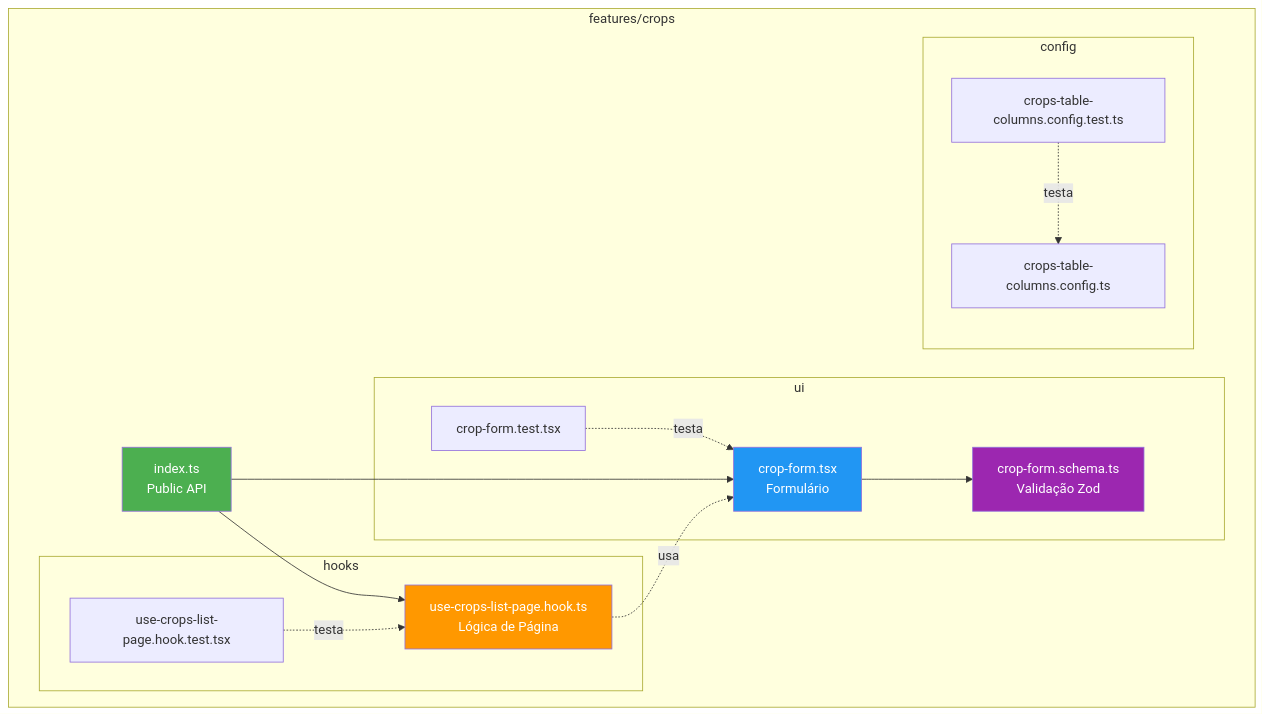
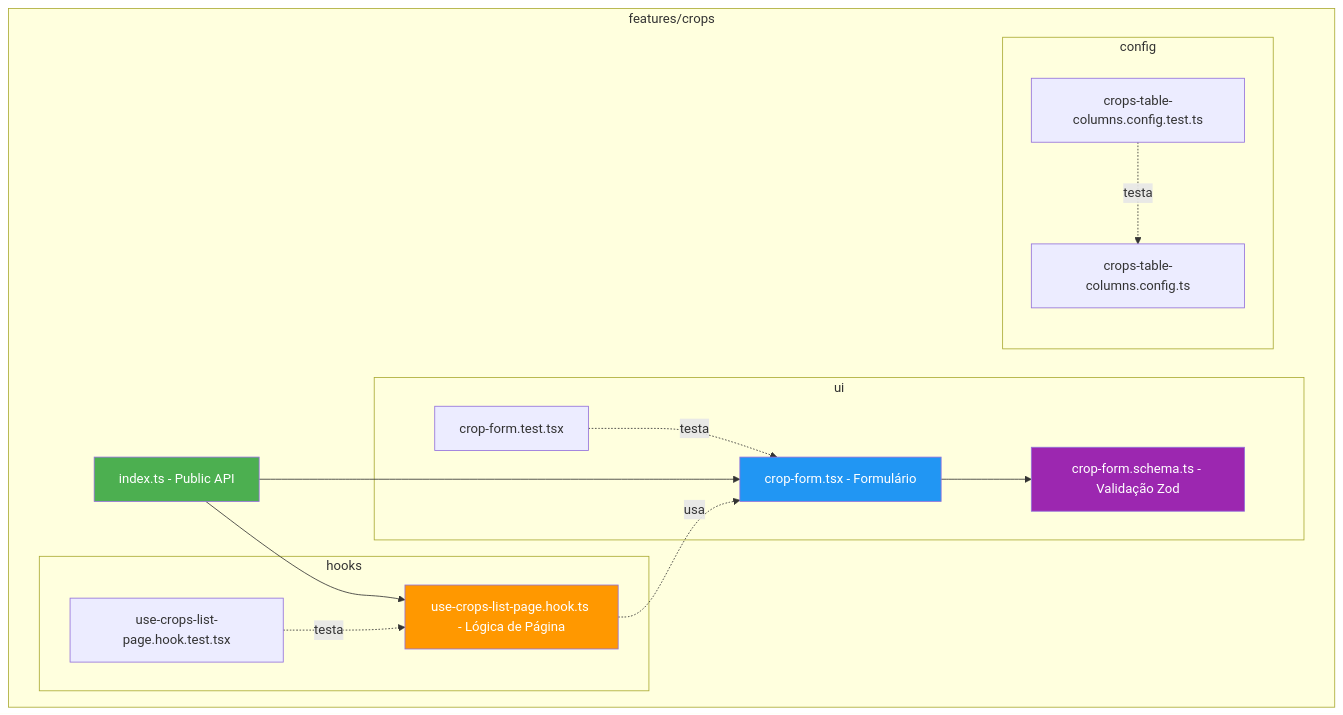
Before and after one commit to Fioravante1/brain-agriculture: the seventh of 14 diagrams in docs/diagrams.md, drawn with Mermaid. The commit also changed other lines of this file, not shown here.

First line of the commit message:
refactor(docs): atualiza formatação de diagramas no markdown

````diff
--- a/docs/diagrams.md
+++ b/docs/diagrams.md
@@ -365,37 +352,37 @@
 ```mermaid
 graph TB
     subgraph "features/crops"
-        FINDEX[index.ts<br/>Public API]
+        FINDEX[index.ts - Public API]
 
         subgraph "hooks"
-            PAGEHOOK[use-crops-list-page.hook.ts<br/>Lógica de Página]
+            PAGEHOOK[use-crops-list-page.hook.ts - Lógica de Página]
             PHTEST[use-crops-list-page.hook.test.tsx]
         end
 
         subgraph "ui"
-            FORM[crop-form.tsx<br/>Formulário]
-            SCHEMA[crop-form.schema.ts<br/>Validação Zod]
+            FORM[crop-form.tsx - Formulário]
+            SCHEMA[crop-form.schema.ts - Validação Zod]
             FORMTEST[crop-form.test.tsx]
         end
 
         subgraph "config"
             COLUMNS[crops-table-columns.config.ts]
             COLTEST[crops-table-columns.config.test.ts]
         end
 
         FINDEX --> PAGEHOOK
         FINDEX --> FORM
 
         PAGEHOOK -.usa.-> FORM
         FORM --> SCHEMA
 
         PHTEST -.testa.-> PAGEHOOK
         FORMTEST -.testa.-> FORM
         COLTEST -.testa.-> COLUMNS
     end
 
     style FINDEX fill:#4caf50,color:#fff
     style PAGEHOOK fill:#ff9800,color:#fff
     style FORM fill:#2196f3,color:#fff
     style SCHEMA fill:#9c27b0,color:#fff
 ```
````
